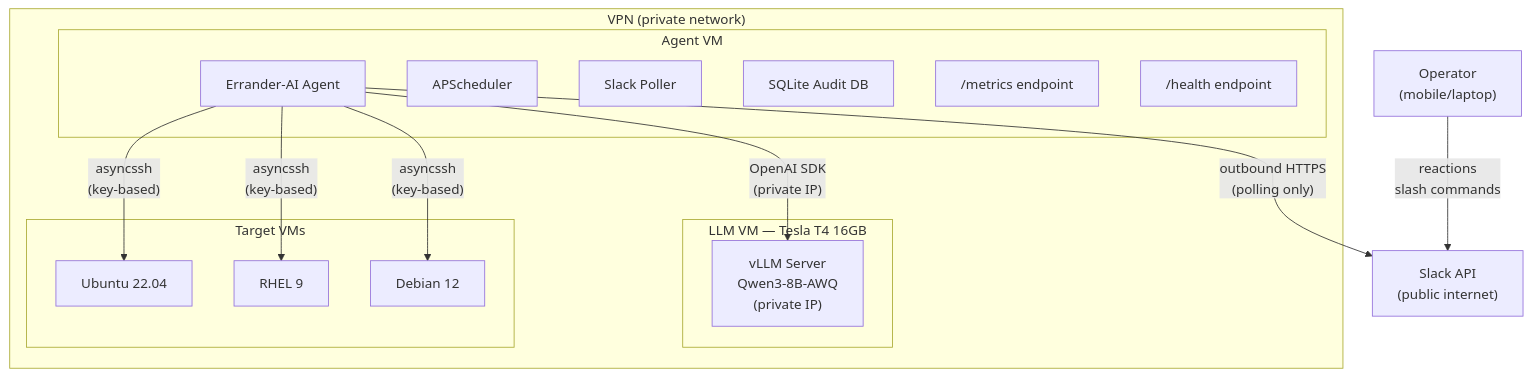
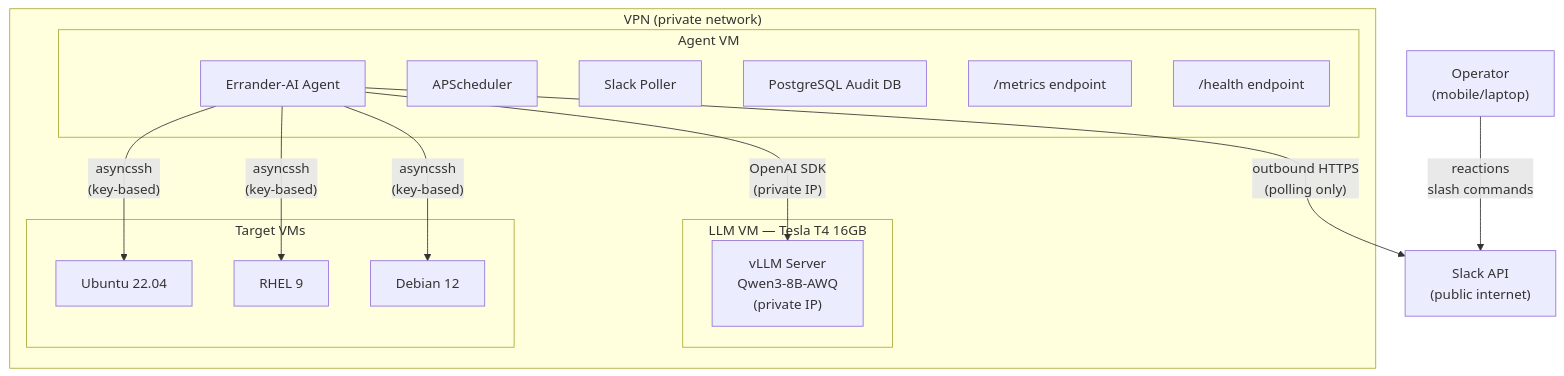
Before and after one commit to psc0des/Errander-AI: the first of 12 diagrams in docs/SPEC.md, drawn with Mermaid. The commit also changed other lines of this file and 3 other files, not shown here.

Commit message:
docs: PostgreSQL sweep — Win controller setup, SPEC, diagram, chat plan

````diff
--- a/docs/SPEC.md
+++ b/docs/SPEC.md
@@ -68,28 +68,28 @@
 ```mermaid
 graph TB
     subgraph VPN["VPN (private network)"]
         subgraph LLM_VM["LLM VM — Tesla T4 16GB"]
             vllm["vLLM Server<br/>Qwen3-8B-AWQ<br/>(private IP)"]
         end
         subgraph Agent_VM["Agent VM"]
             agent["Errander-AI Agent"]
             sched["APScheduler"]
             poller["Slack Poller"]
-            db["SQLite Audit DB"]
+            db["PostgreSQL Audit DB"]
             metrics_ep["/metrics endpoint"]
             health_ep["/health endpoint"]
         end
         subgraph Targets["Target VMs"]
             vm1["Ubuntu 22.04"]
             vm2["RHEL 9"]
             vm3["Debian 12"]
         end
         agent -->|"OpenAI SDK<br/>(private IP)"| vllm
         agent -->|"asyncssh<br/>(key-based)"| vm1
         agent -->|"asyncssh<br/>(key-based)"| vm2
         agent -->|"asyncssh<br/>(key-based)"| vm3
     end
     agent -->|"outbound HTTPS<br/>(polling only)"| slack["Slack API<br/>(public internet)"]
     operator["Operator<br/>(mobile/laptop)"] -->|"reactions<br/>slash commands"| slack
 
 ```
````
